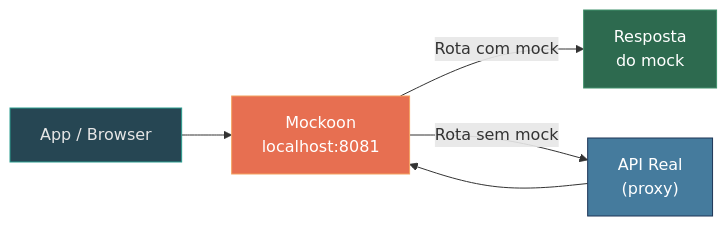
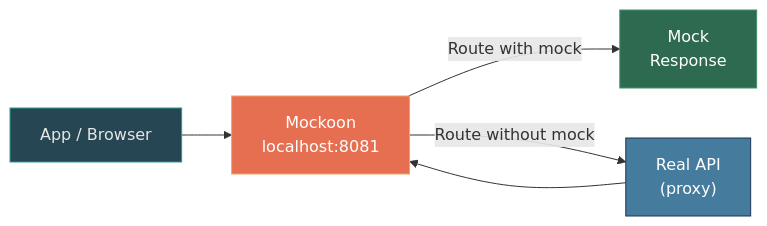
The fifth of 7 diagrams in README.md (marcelo-davanco/stubrix), drawn with Mermaid before and after one commit. The commit also changed other lines of this file, not shown here.

````diff
--- a/README.md
+++ b/README.md
@@ -248,13 +367,13 @@
 ```mermaid
 graph LR
     App["App / Browser"] --> MK["Mockoon<br/>localhost:8081"]
 
-    MK -->|"Rota com mock"| Mock["Resposta<br/>do mock"]
-    MK -->|"Rota sem mock"| API["API Real<br/>(proxy)"]
+    MK -->|"Route with mock"| Mock["Mock<br/>Response"]
+    MK -->|"Route without mock"| API["Real API<br/>(proxy)"]
     API --> MK
 
     style App fill:#264653,color:#e6e6e6,stroke:#2a9d8f
     style MK fill:#e76f51,color:#fff,stroke:#f4a261
     style Mock fill:#2d6a4f,color:#fff,stroke:#40916c
     style API fill:#457b9d,color:#fff,stroke:#1d3557
 ```
````
